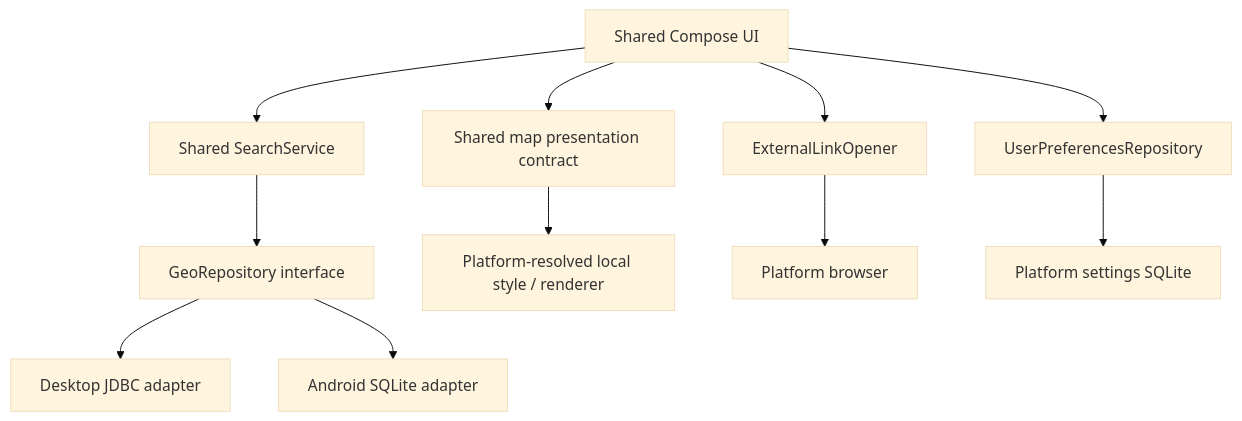
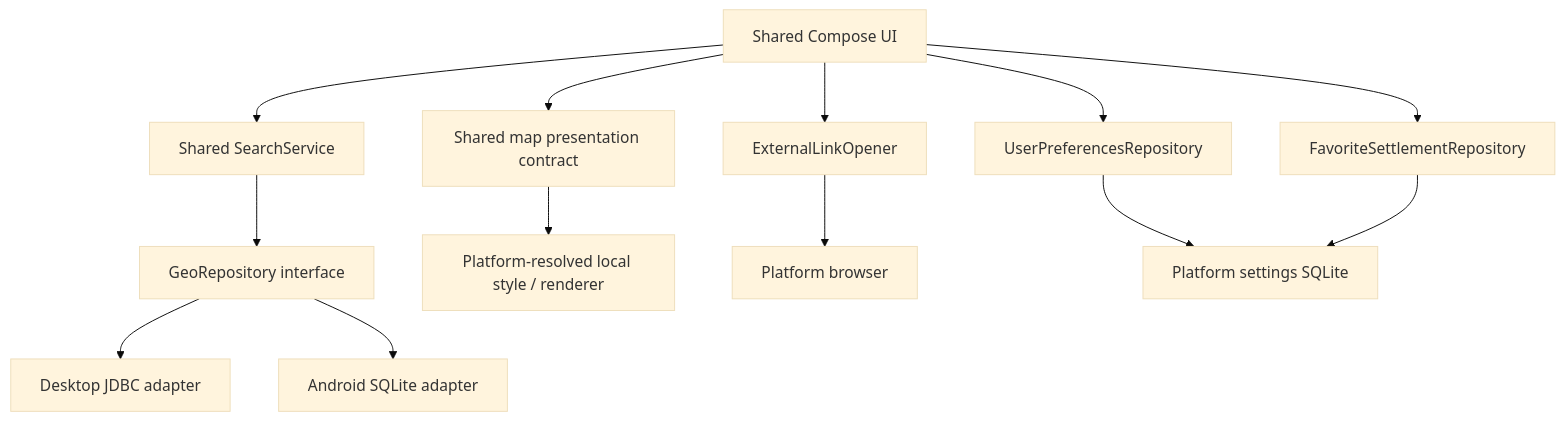
One commit to folk21/osmapdigger changed the fourth of 5 diagrams in docs/ARCHITECTURE.md. Above: the diagram before and after it, drawn with Mermaid (base theme). The commit also changed other lines of this file and 32 other files, not shown here.

````diff
--- a/docs/ARCHITECTURE.md
+++ b/docs/ARCHITECTURE.md
@@ -106,13 +106,15 @@
 ```mermaid
 flowchart TB
     UI[Shared Compose UI] --> SERVICE[Shared SearchService]
     SERVICE --> REPO[GeoRepository interface]
     REPO --> JDBC[Desktop JDBC adapter]
     REPO --> ANDROID[Android SQLite adapter]
     UI --> MAPUI[Shared map presentation contract]
     MAPUI --> STYLE[Platform-resolved local style / renderer]
     UI --> LINKS[ExternalLinkOpener]
     LINKS --> BROWSER[Platform browser]
     UI --> PREFS[UserPreferencesRepository]
+    UI --> FAV[FavoriteSettlementRepository]
     PREFS --> PSTORE[Platform settings SQLite]
+    FAV --> PSTORE
 ```
````
